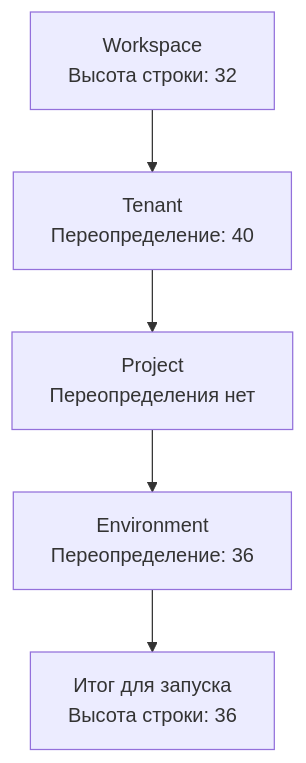
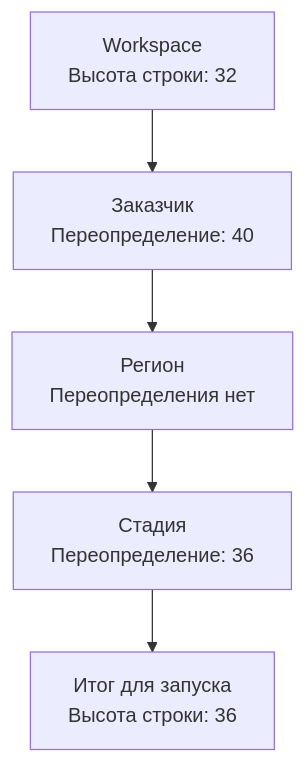
One commit to endge-lab/configurator-docs changed the second of 2 diagrams in docs/product-v2/context.md. Above: the diagram before and after it, drawn with Mermaid. The commit also changed other lines of this file and 34 other files, not shown here.

````diff
--- a/docs/product-v2/context.md
+++ b/docs/product-v2/context.md
@@ -29,11 +31,11 @@
 ```mermaid
 flowchart TB
   W["Workspace<br/>Высота строки: 32"]
-  T["Tenant<br/>Переопределение: 40"]
-  P["Project<br/>Переопределения нет"]
-  E["Environment<br/>Переопределение: 36"]
-  R["Итог для запуска<br/>Высота строки: 36"]
-  W --> T --> P --> E --> R
-  class W,T,P,E endgeInput
-  class R endgeSuccess
+  C["Заказчик<br/>Переопределение: 40"]
+  R["Регион<br/>Переопределения нет"]
+  S["Стадия<br/>Переопределение: 36"]
+  RESULT["Итог для запуска<br/>Высота строки: 36"]
+  W --> C --> R --> S --> RESULT
+  class W,C,R,S endgeInput
+  class RESULT endgeSuccess
 ```
````
